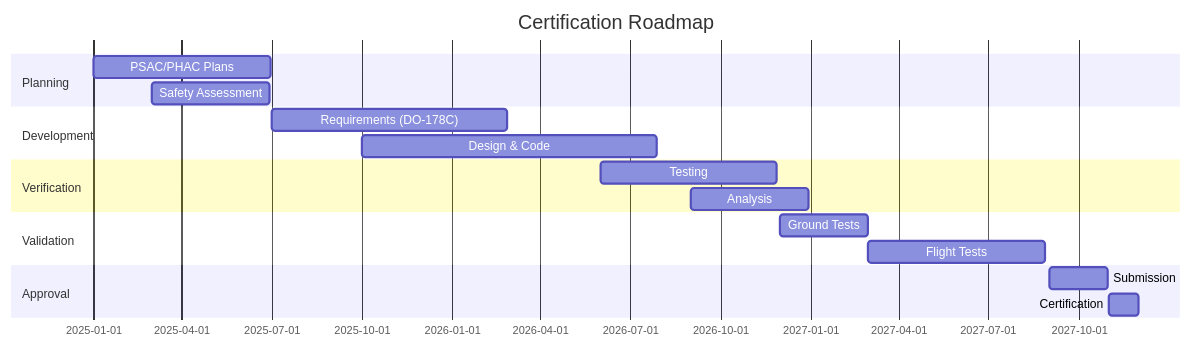
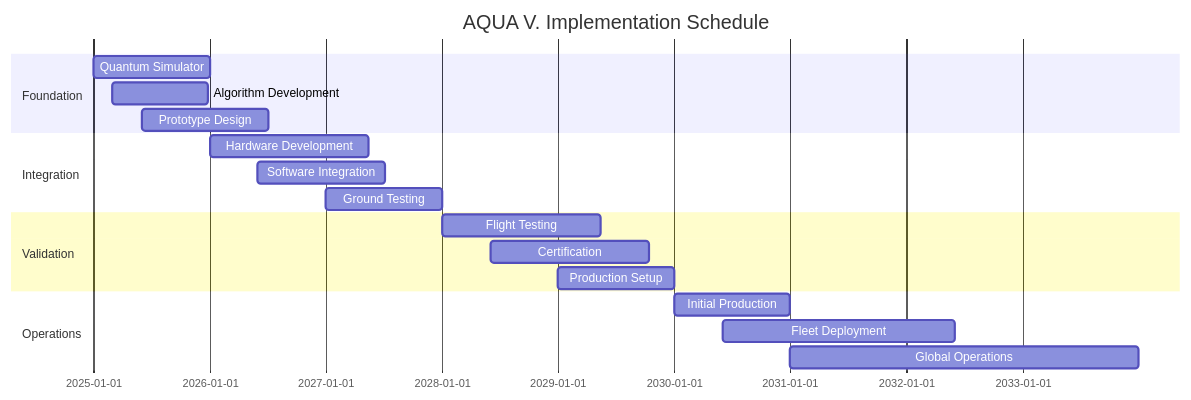
The fourth of 6 diagrams in README.md (Robbbo-T/Robbbo-T), drawn with Mermaid before and after one commit. The commit also changed other lines of this file, not shown here.

````diff
--- a/README.md
+++ b/README.md
@@ -502,25 +353,25 @@
 ```mermaid
 gantt
-    title Certification Roadmap
+    title AQUA V. Implementation Schedule
     dateFormat YYYY-MM-DD
     
-    section Planning
-    PSAC/PHAC Plans    :2025-01-01, 180d
-    Safety Assessment   :2025-03-01, 120d
+    section Foundation
+    Quantum Simulator    :2025-01-01, 365d
+    Algorithm Development :2025-03-01, 300d
+    Prototype Design     :2025-06-01, 400d
     
-    section Development
-    Requirements (DO-178C) :2025-07-01, 240d
-    Design & Code         :2025-10-01, 300d
-    
-    section Verification
-    Testing              :2026-06-01, 180d
-    Analysis            :2026-09-01, 120d
+    section Integration
+    Hardware Development :2026-01-01, 500d
+    Software Integration :2026-06-01, 400d
+    Ground Testing      :2027-01-01, 365d
     
     section Validation
-    Ground Tests        :2026-12-01, 90d
-    Flight Tests       :2027-03-01, 180d
+    Flight Testing      :2028-01-01, 500d
+    Certification      :2028-06-01, 500d
+    Production Setup   :2029-01-01, 365d
     
-    section Approval
-    Submission         :2027-09-01, 60d
-    Certification     :2027-11-01, 30d
+    section Operations
+    Initial Production :2030-01-01, 365d
+    Fleet Deployment  :2030-06-01, 730d
+    Global Operations :2031-01-01, 1095d
 ```
````
